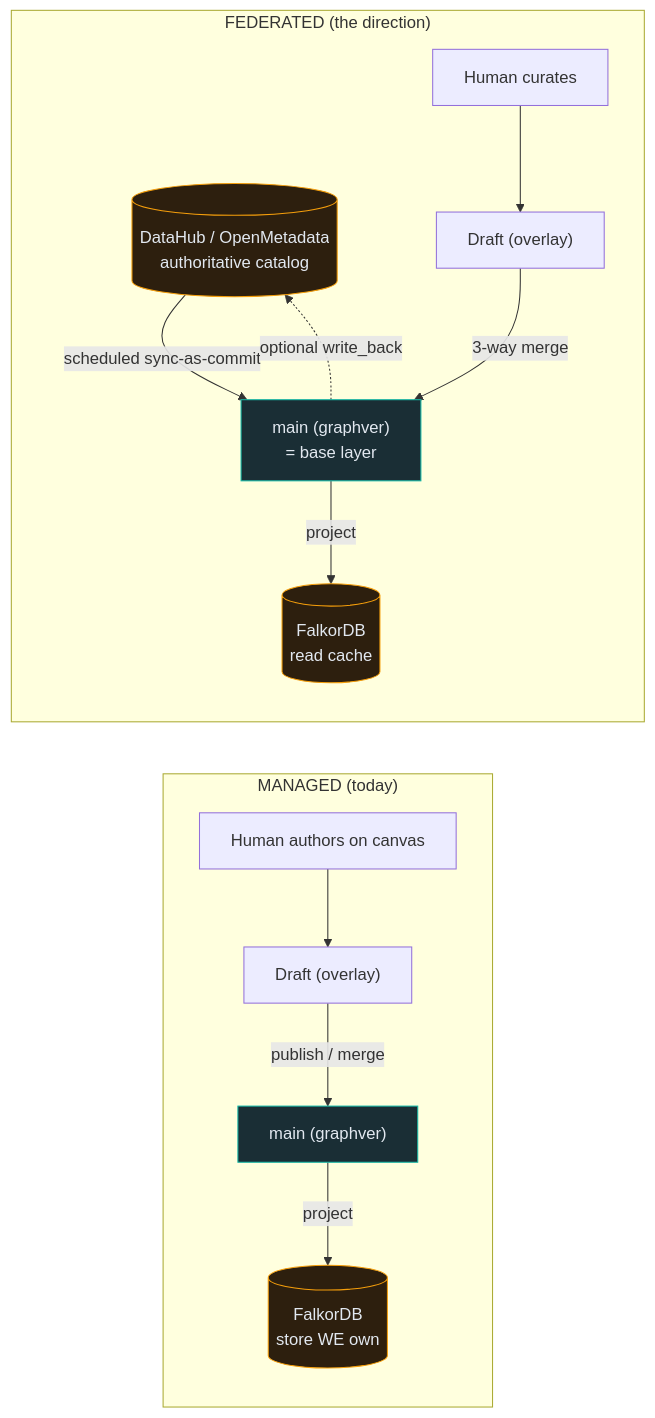
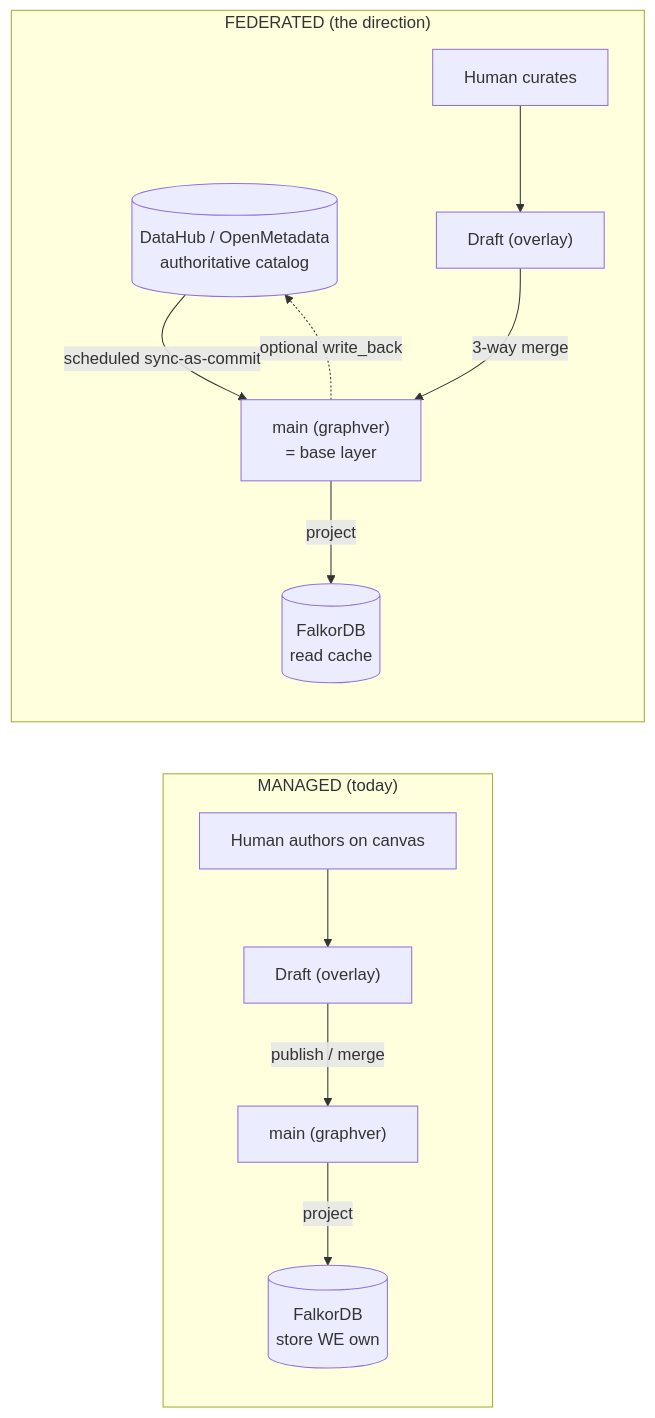
One commit to rkrumins/dataviz changed the first of 2 diagrams in docs/versioning/10-authoritative-sources-datahub-openmetadata.md. Above: the diagram before and after it, drawn with Mermaid. The commit also changed 46 other files, not shown here.

````diff
--- a/docs/versioning/10-authoritative-sources-datahub-openmetadata.md
+++ b/docs/versioning/10-authoritative-sources-datahub-openmetadata.md
@@ -48,20 +48,15 @@
 ```mermaid
 graph LR
     subgraph Managed["MANAGED (today)"]
         H1["Human authors on canvas"] --> D1["Draft (overlay)"]
         D1 -->|publish / merge| M1["main (graphver)"]
         M1 -->|project| F1[("FalkorDB<br/>store WE own")]
     end
     subgraph Federated["FEDERATED (the direction)"]
         EXT[("DataHub / OpenMetadata<br/>authoritative catalog")] -->|scheduled sync-as-commit| M2["main (graphver)<br/>= base layer"]
         H2["Human curates"] --> D2["Draft (overlay)"]
         D2 -->|3-way merge| M2
         M2 -->|project| F2[("FalkorDB<br/>read cache")]
         M2 -.->|optional write_back| EXT
     end
-    style EXT fill:#2d1f0e,stroke:#f59e0b,color:#e2e8f0
-    style F1 fill:#2d1f0e,stroke:#f59e0b,color:#e2e8f0
-    style F2 fill:#2d1f0e,stroke:#f59e0b,color:#e2e8f0
-    style M1 fill:#1a2e35,stroke:#14b8a6,color:#e2e8f0
-    style M2 fill:#1a2e35,stroke:#14b8a6,color:#e2e8f0
 ```
````
